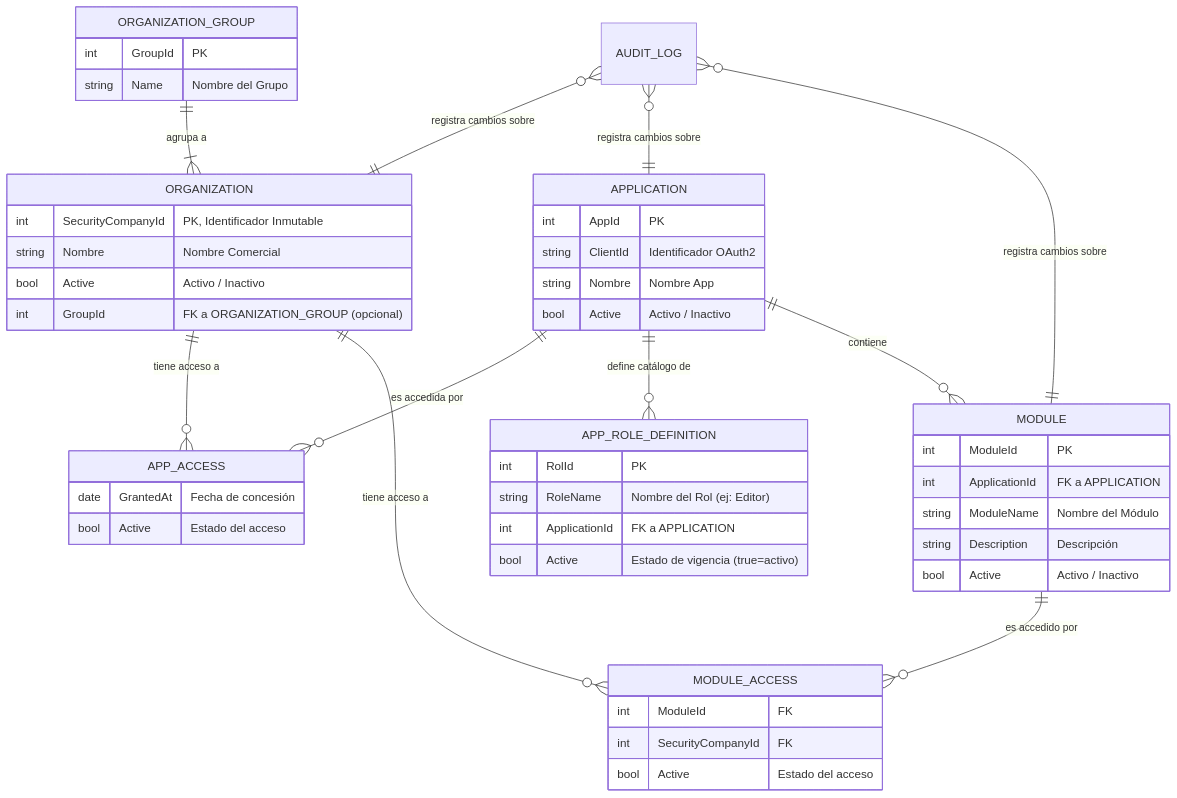
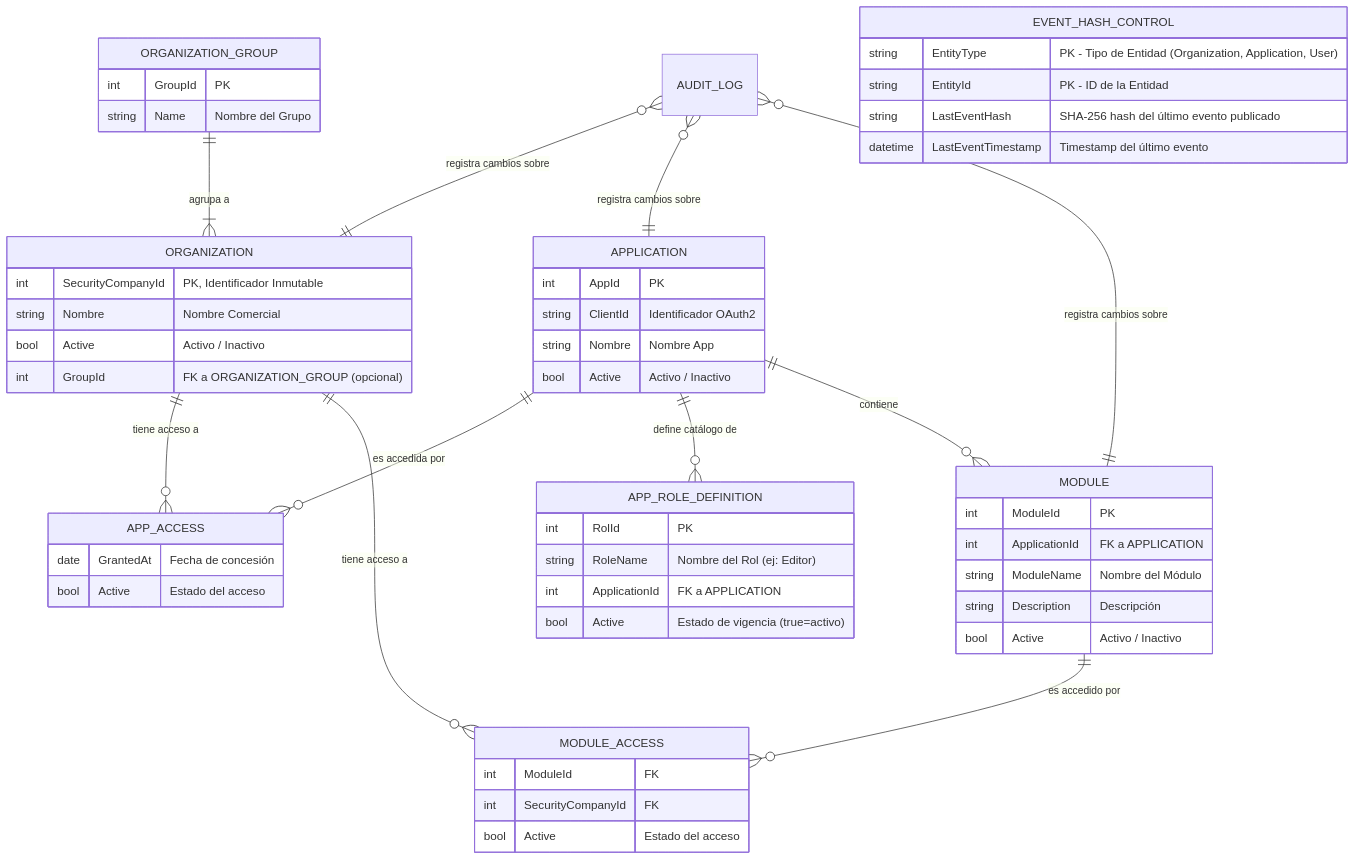
Before and after one commit to malbert-infoport/AI4Devs: the sixth of 7 diagrams in 01-Descripción general del Producto.md, drawn with Mermaid. The commit also changed other lines of this file and 1 other file, not shown here.

````diff
--- a/01-Descripción general del Producto.md
+++ b/01-Descripción general del Producto.md
@@ -504,59 +560,66 @@
 ```mermaid
 erDiagram
     ORGANIZATION_GROUP ||--|{ ORGANIZATION : "agrupa a"
     ORGANIZATION ||--o{ APP_ACCESS : "tiene acceso a"
     ORGANIZATION ||--o{ MODULE_ACCESS : "tiene acceso a"
     
     ORGANIZATION_GROUP {
         int GroupId "PK"
         string Name "Nombre del Grupo"
     }
 
     ORGANIZATION {
         int SecurityCompanyId "PK, Identificador Inmutable"
         string Nombre "Nombre Comercial"
         bool Active "Activo / Inactivo"
         int GroupId "FK a ORGANIZATION_GROUP (opcional)"
     }
     
     APPLICATION ||--o{ APP_ACCESS : "es accedida por"
     APPLICATION ||--o{ APP_ROLE_DEFINITION : "define catálogo de"
     APPLICATION ||--o{ MODULE : "contiene"
     APPLICATION {
         int AppId "PK"
         string ClientId "Identificador OAuth2"
         string Nombre "Nombre App"
         bool Active "Activo / Inactivo"
     }
     
     MODULE ||--o{ MODULE_ACCESS : "es accedido por"
     MODULE {
         int ModuleId "PK"
         int ApplicationId "FK a APPLICATION"
         string ModuleName "Nombre del Módulo"
         string Description "Descripción"
         bool Active "Activo / Inactivo"
     }
     
     MODULE_ACCESS {
         int ModuleId "FK"
         int SecurityCompanyId "FK"
         bool Active "Estado del acceso"
     }
     
     APP_ROLE_DEFINITION {
         int RolId "PK"
         string RoleName "Nombre del Rol (ej: Editor)"
         int ApplicationId "FK a APPLICATION"
         bool Active "Estado de vigencia (true=activo)"
     }
     
     APP_ACCESS {
         date GrantedAt "Fecha de concesión"
         bool Active "Estado del acceso"
     }
     
     AUDIT_LOG }o--|| ORGANIZATION : "registra cambios sobre"
     AUDIT_LOG }o--|| APPLICATION : "registra cambios sobre"
     AUDIT_LOG }o--|| MODULE : "registra cambios sobre"
+    
+    EVENT_HASH_CONTROL {
+        string EntityType "PK - Tipo de Entidad (Organization, Application, User)"
+        string EntityId "PK - ID de la Entidad"
+        string LastEventHash "SHA-256 hash del último evento publicado"
+        datetime LastEventTimestamp "Timestamp del último evento"
+    }
 ```
````
